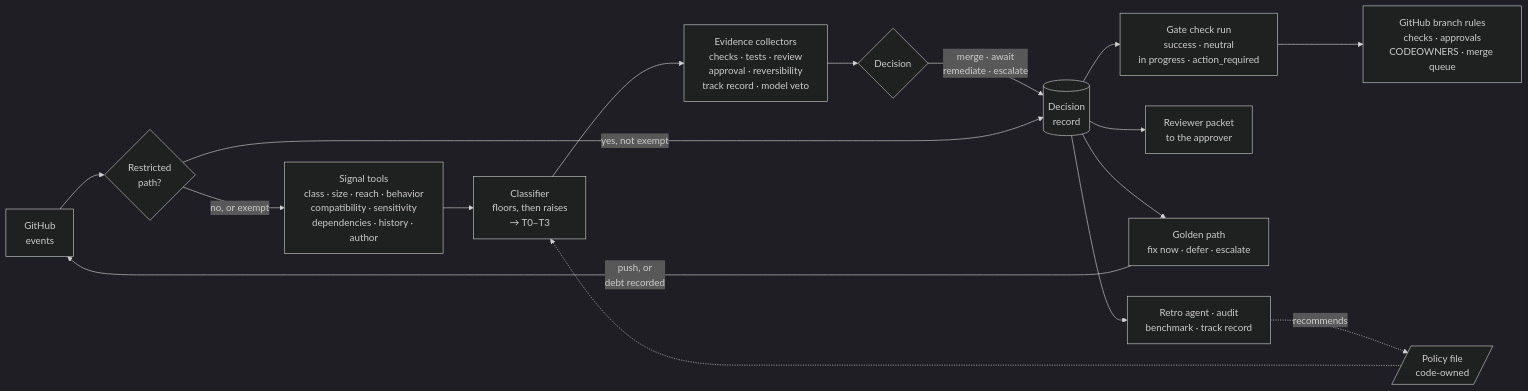
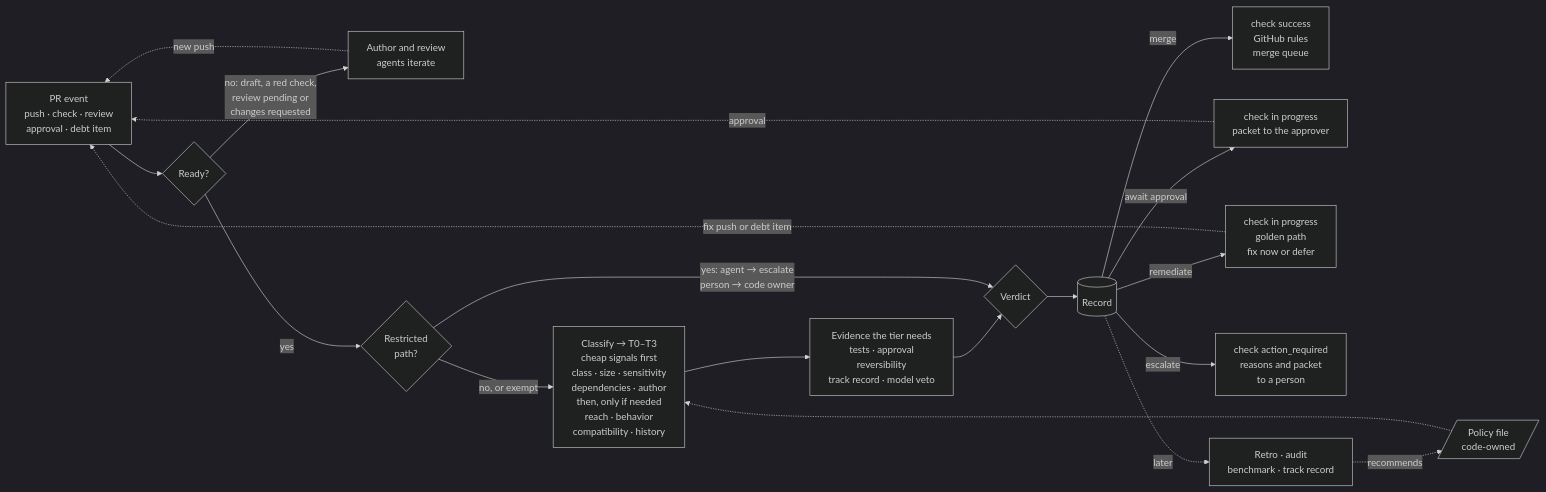
Before and after one commit to guyoron1/fullsend: the first of 2 diagrams in docs/proposals/aisdlc-97-architecture-proposal.md, drawn with Mermaid (dark theme). The commit also changed other lines of this file, not shown here.

First line of the commit message:
docs: AISDLC-97 architecture proposal after the 2026-09-29 review

````diff
--- a/docs/proposals/aisdlc-97-architecture-proposal.md
+++ b/docs/proposals/aisdlc-97-architecture-proposal.md
@@ -36,17 +37,21 @@
 ```mermaid
 flowchart LR
-  EV[GitHub<br/>events] --> RP{Restricted<br/>path?}
-  RP -- no, or exempt --> SIG["Signal tools<br/>class · size · reach · behavior<br/>compatibility · sensitivity<br/>dependencies · history · author"]
-  SIG --> CLS[Classifier<br/>floors, then raises<br/>→ T0–T3]
-  CLS --> EVD["Evidence collectors<br/>checks · tests · review<br/>approval · reversibility<br/>track record · model veto"]
-  EVD --> DEC{Decision}
-  DEC -- merge · await<br/>remediate · escalate --> REC[(Decision<br/>record)]
-  RP -- yes, not exempt --> REC
-  REC --> CHK[Gate check run<br/>success · neutral<br/>in progress · action_required] --> GH[GitHub branch rules<br/>checks · approvals<br/>CODEOWNERS · merge queue]
-  REC --> PKT[Reviewer packet<br/>to the approver]
-  REC --> DEBT[Golden path<br/>fix now · defer · escalate]
-  DEBT -- push, or<br/>debt recorded --> EV
-  REC --> POST[Retro agent · audit<br/>benchmark · track record]
+  EV[PR event<br/>push · check · review<br/>approval · debt item] --> RDY{Ready?}
+  RDY -- no: draft, a red check,<br/>review pending or<br/>changes requested --> LOOP[Author and review<br/>agents iterate]
+  LOOP -. new push .-> EV
+  RDY -- yes --> RP{Restricted<br/>path?}
+  RP -- no, or exempt --> CLS["Classify → T0–T3<br/>cheap signals first<br/>class · size · sensitivity<br/>dependencies · author<br/>then, only if needed<br/>reach · behavior<br/>compatibility · history"]
+  CLS --> EVD["Evidence the tier needs<br/>tests · approval<br/>reversibility<br/>track record · model veto"]
+  EVD --> VER{Verdict}
+  RP -- yes: agent → escalate<br/>person → code owner --> VER
+  VER --> REC[(Record)]
+  REC -- merge --> MRG["check success<br/>GitHub rules<br/>merge queue"]
+  REC -- await approval --> PKT["check in progress<br/>packet to the approver"]
+  REC -- remediate --> GP["check in progress<br/>golden path<br/>fix now or defer"]
+  REC -- escalate --> ESC["check action_required<br/>reasons and packet<br/>to a person"]
+  PKT -. approval .-> EV
+  GP -. fix push or debt item .-> EV
+  REC -. later .-> POST[Retro · audit<br/>benchmark · track record]
   POST -. recommends .-> POL[/Policy file<br/>code-owned/]
   POL -.-> CLS
 ```
````
